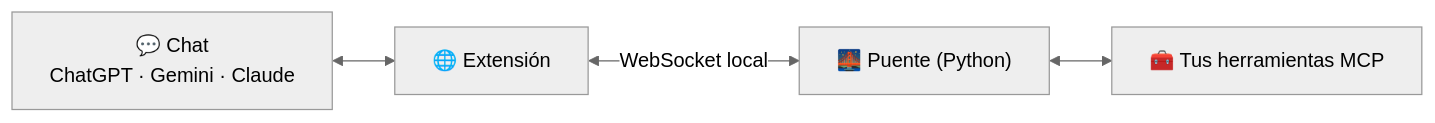
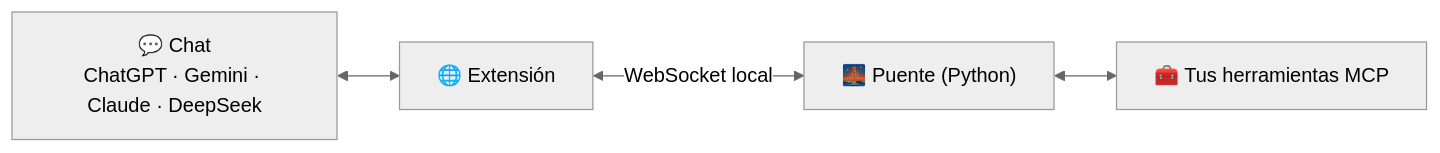
The first of 2 diagrams in README.es.md (AstraxOf/web-mcp-bridge), drawn with Mermaid (neutral theme) before and after one commit. The commit also changed other lines of this file and 1 other file, not shown here.

Commit message:
Add DeepSeek to supported platforms in READMEs

````diff
--- a/README.es.md
+++ b/README.es.md
@@ -50,6 +50,6 @@
 ```mermaid
 flowchart LR
-    A["💬 Chat<br/>ChatGPT · Gemini · Claude"] <--> B["🌐 Extensión"]
+    A["💬 Chat<br/>ChatGPT · Gemini · Claude · DeepSeek"] <--> B["🌐 Extensión"]
     B <-->|"WebSocket local"| C["🌉 Puente (Python)"]
     C <--> D["🧰 Tus herramientas MCP"]
 ```
````
